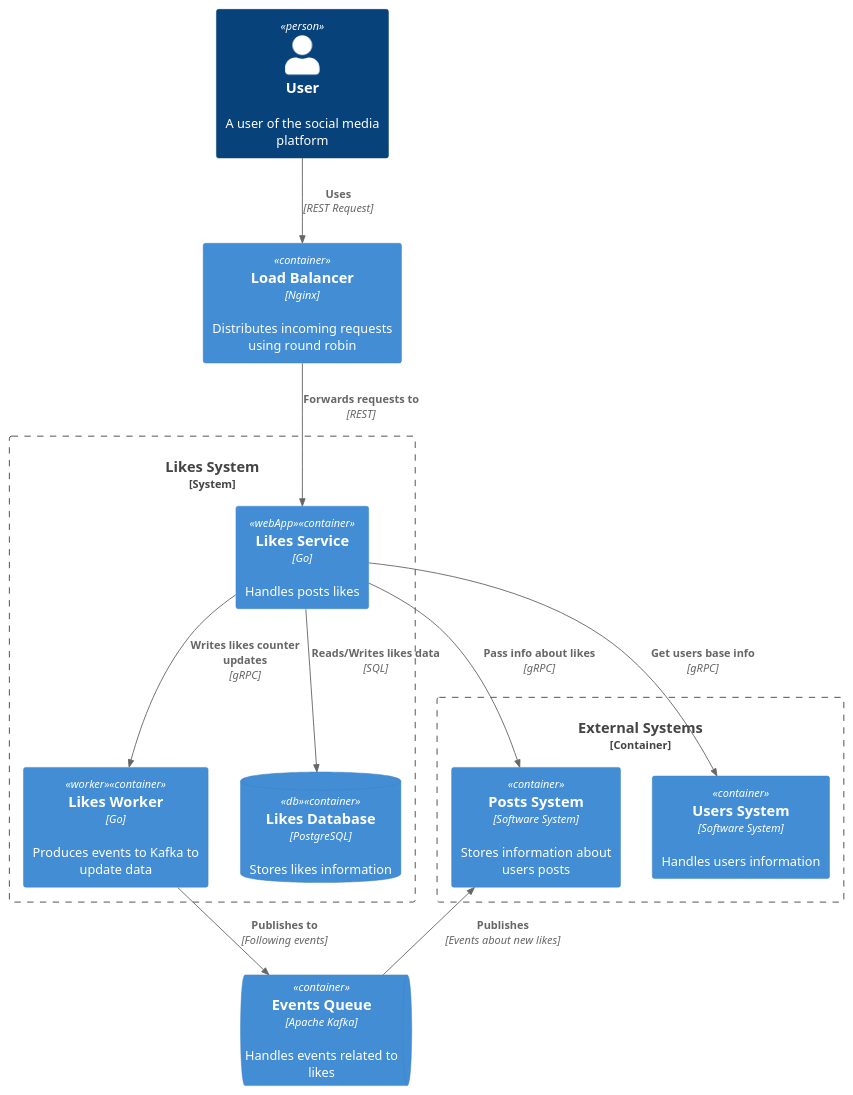
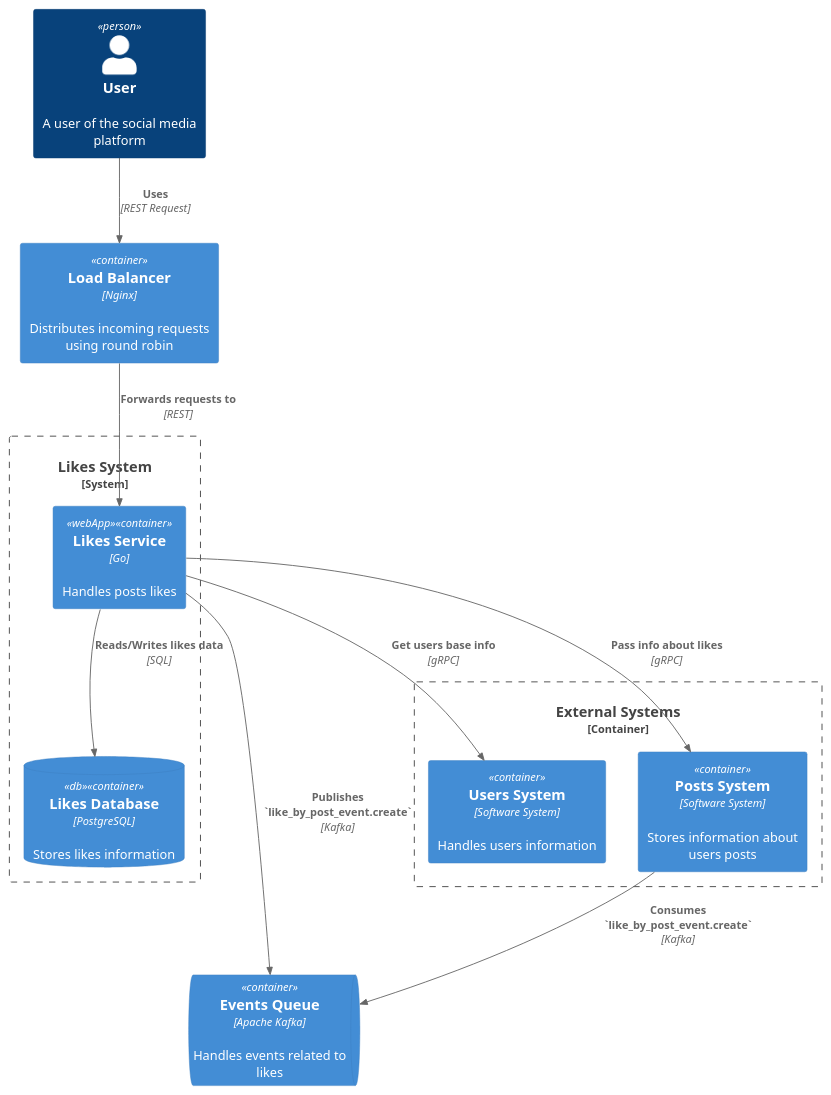
Before and after one commit to Sly-al/social_network_system_design: the diagram in architecture/likes/likes.puml, drawn with PlantUML. The commit also changed 9 other files, not shown here.

```diff
--- a/architecture/likes/likes.puml
+++ b/architecture/likes/likes.puml
@@ -1,33 +1,31 @@
 @startuml
 !include https://raw.githubusercontent.com/plantuml-stdlib/C4-PlantUML/master/C4_Container.puml
 
 Person(user, "User", "A user of the social media platform")
 
 Container(loadBalancer, "Load Balancer", "Nginx", "Distributes incoming requests using round robin")
 
 System_Boundary(likesSystem, "Likes System") {
     Container(likesService, "Likes Service", "Go", "Handles posts likes", $tags="webApp")
-    Container(likesWorker, "Likes Worker", "Go", "Produces events to Kafka to update data", $tags="worker")
     ContainerDb(likesDatabase, "Likes Database", "PostgreSQL", "Stores likes information", $tags="db")
 }
 
 Container_Boundary(externalSystems, "External Systems") {
     Container(usersSystem, "Users System", "Software System", "Handles users information")
     Container(postsSystem, "Posts System", "Software System", "Stores information about users posts")
 }
 
 ContainerQueue(messageQueue, "Events Queue", "Apache Kafka", "Handles events related to likes")
 
 Rel(user, loadBalancer, "Uses", "REST Request")
 Rel(loadBalancer, likesService, "Forwards requests to", "REST")
 
 Rel(likesService, likesDatabase, "Reads/Writes likes data", "SQL")
-Rel(likesService, likesWorker, "Writes likes counter updates", "gRPC")
+Rel(likesService, messageQueue, "Publishes `like_by_post_event.create`", "Kafka")
 
 Rel(likesService, usersSystem, "Get users base info", "gRPC")
 Rel(likesService, postsSystem, "Pass info about likes", "gRPC")
 
-Rel_U(messageQueue, postsSystem, "Publishes", "Events about new likes")
-Rel_D(likesWorker, messageQueue, "Publishes to", "Following events")
+Rel(postsSystem, messageQueue, "Consumes `like_by_post_event.create`", "Kafka")
 
 @enduml
```
